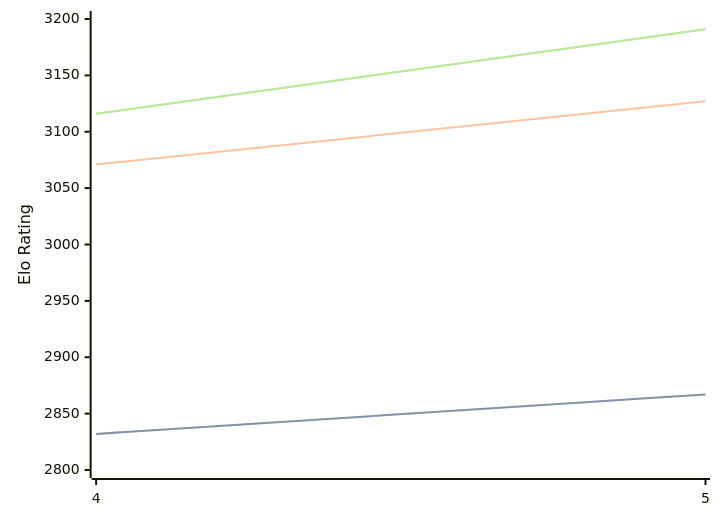
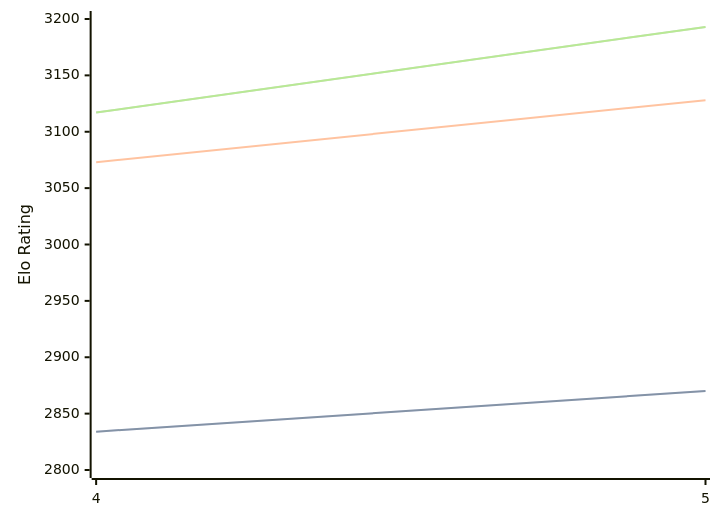
Before and after one commit to computer-chess-index/cci: the diagram in engines/Cwtch.md, drawn with Mermaid. The commit also changed other lines of this file, not shown here.

Commit message:
Update CCI Ratings (ELO VLTC) - 2026-06-11

````diff
--- a/engines/Cwtch.md
+++ b/engines/Cwtch.md
@@ -34,11 +34,11 @@
 ```mermaid
 %%{init: {"theme":"base","themeVariables":{"seriesColors:['#a3a3a3','#222221','#faa371']}}}%%
 xychart-beta
   x-axis ["4", "5"]
   y-axis "Elo Rating" 2800 --> 3200
-  line "STC (8.0+0.08s)" [2832, 2867]
-  line "STC (8.0+0.08s)" [2832, 2867]
-  line "LTC (60.0+0.60s)" [3071, 3127]
-  line "VLTC (2m24s+1.12s)" [3116, 3191]
-  line "VLTC (2m24s+1.12s)" [3116, 3191]
+  line "STC (8.0+0.08s)" [2834, 2870]
+  line "STC (8.0+0.08s)" [2834, 2870]
+  line "LTC (60.0+0.60s)" [3073, 3128]
+  line "VLTC (2m24s+1.12s)" [3117, 3193]
+  line "VLTC (2m24s+1.12s)" [3117, 3193]
 ```
````
